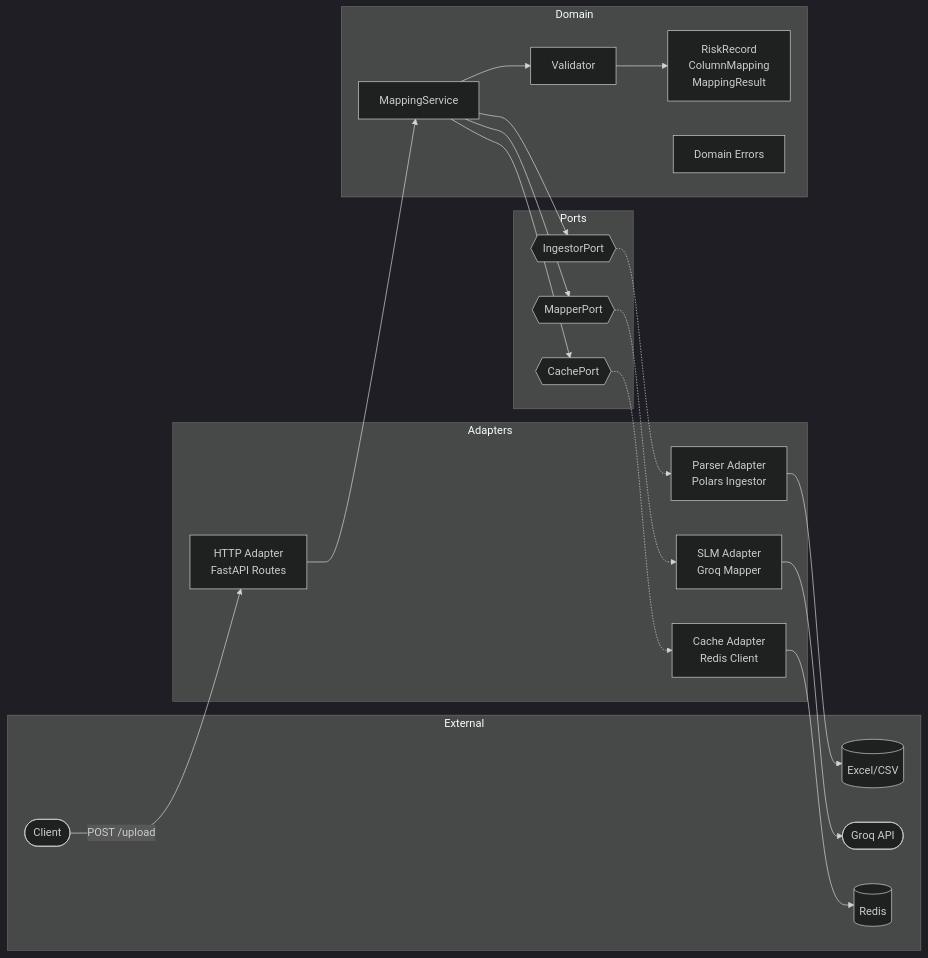
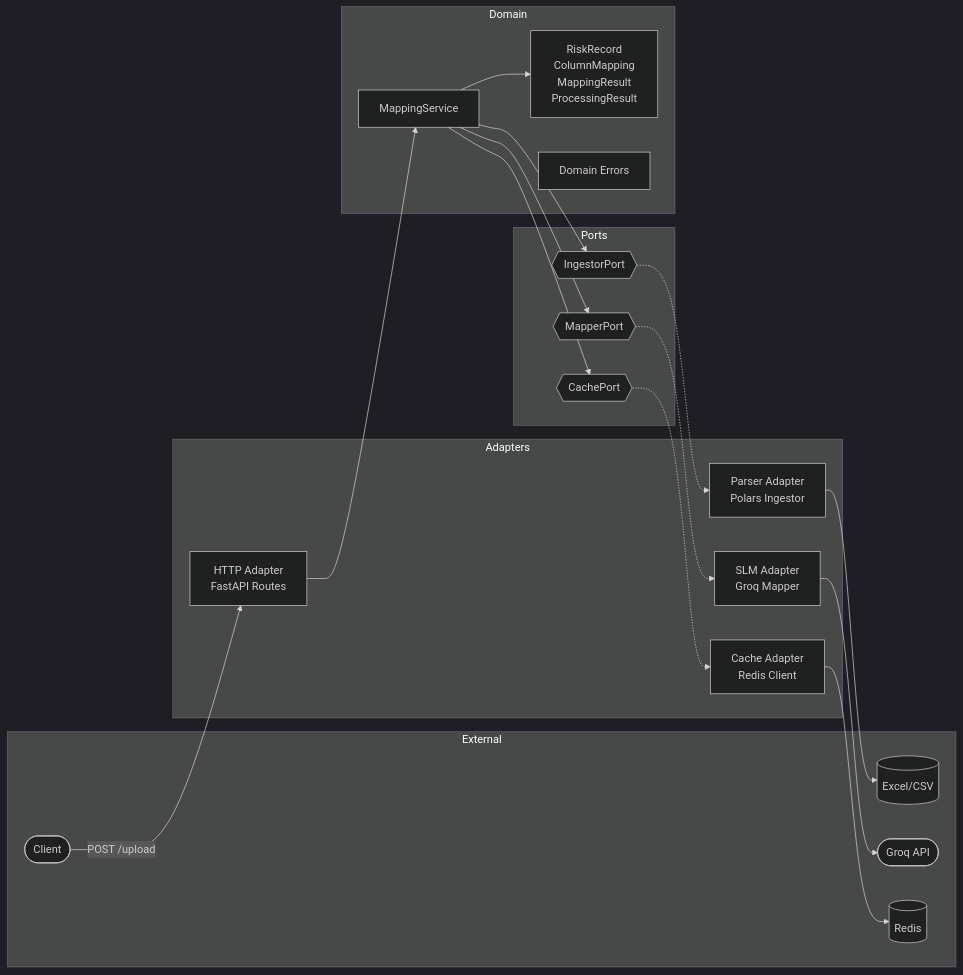
One commit to ricjhill/riskflow changed the diagram in README.md. Above: the diagram before and after it, drawn with Mermaid (dark theme). The commit also changed other lines of this file and 4 other files, not shown here.

````diff
--- a/README.md
+++ b/README.md
@@ -54,43 +54,41 @@
 ```mermaid
 graph LR
     subgraph External
         Client([Client])
         Excel[(Excel/CSV)]
         Groq([Groq API])
         Redis[(Redis)]
     end
 
     subgraph Adapters
         HTTP[HTTP Adapter<br>FastAPI Routes]
         Parser[Parser Adapter<br>Polars Ingestor]
         SLM[SLM Adapter<br>Groq Mapper]
         Cache[Cache Adapter<br>Redis Client]
     end
 
     subgraph Ports
         IngestorPort{{IngestorPort}}
         MapperPort{{MapperPort}}
         CachePort{{CachePort}}
     end
 
     subgraph Domain
         Service[MappingService]
-        Models[RiskRecord<br>ColumnMapping<br>MappingResult]
-        Validator[Validator]
+        Models[RiskRecord<br>ColumnMapping<br>MappingResult<br>ProcessingResult]
         Errors[Domain Errors]
     end
 
     Client -->|POST /upload| HTTP
     HTTP --> Service
     Service --> IngestorPort
     Service --> MapperPort
     Service --> CachePort
-    Service --> Validator
-    Validator --> Models
+    Service --> Models
     IngestorPort -.-> Parser
     MapperPort -.-> SLM
     CachePort -.-> Cache
     Parser --> Excel
     SLM --> Groq
     Cache --> Redis
 ```
````
